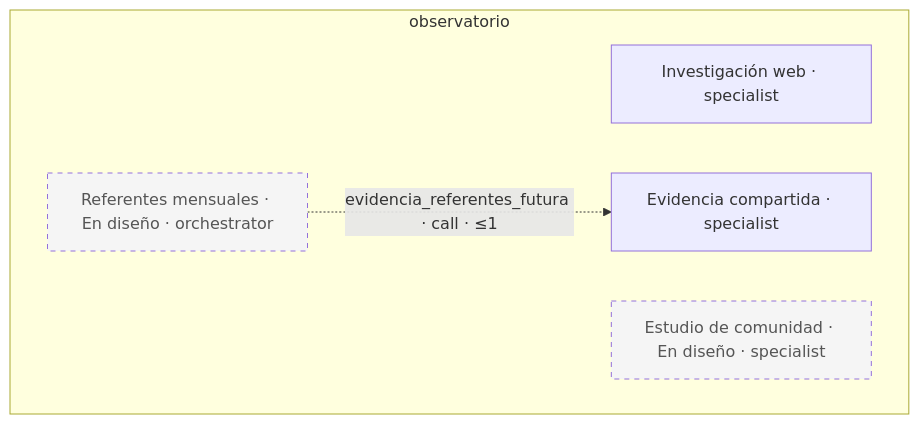
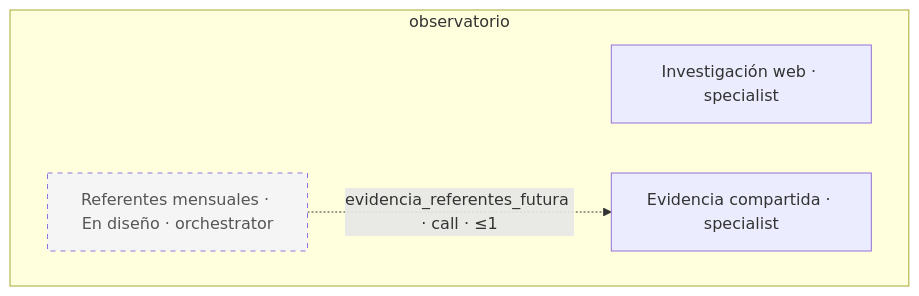
Before and after one commit to gustavop-dev/barrio-ai: the tenth of 13 diagrams in docs/arquitectura/grafo.md, drawn with Mermaid. The commit also changed other lines of this file and 33 other files, not shown here.

First line of the commit message:
feat(lectores): fase 6 — estudio mensual de la comunidad para los cinco lectores

````diff
--- a/docs/arquitectura/grafo.md
+++ b/docs/arquitectura/grafo.md
@@ -372,13 +373,11 @@
 ```mermaid
 flowchart TD
   classDef planned stroke-dasharray: 5 5,fill:#f5f5f5,color:#555;
   subgraph grupo_observatorio["observatorio"]
     investigacion_web["Investigación web · specialist"]
     investigador_lider["Referentes mensuales · En diseño · orchestrator"]
     class investigador_lider planned;
-    estudio_comunidad["Estudio de comunidad · En diseño · specialist"]
-    class estudio_comunidad planned;
     evidencia_compartida["Evidencia compartida · specialist"]
   end
   investigador_lider -.->|"evidencia_referentes_futura · call · ≤1"| evidencia_compartida
 ```
````
